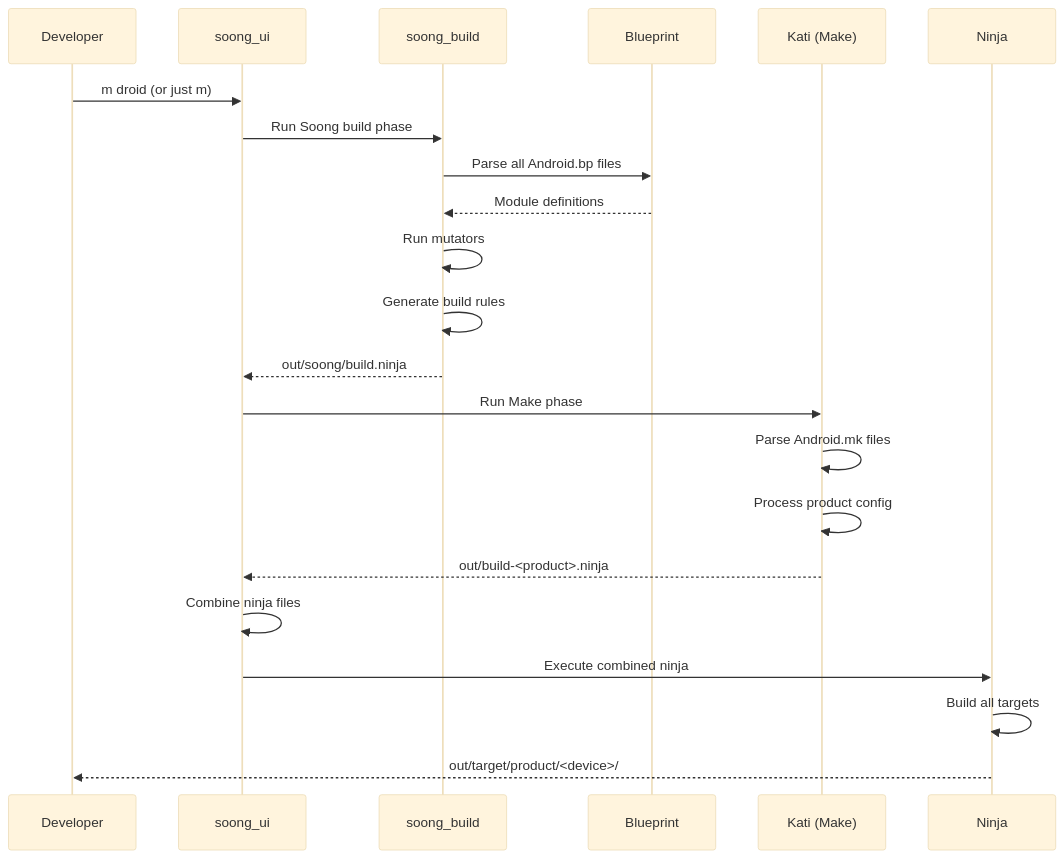
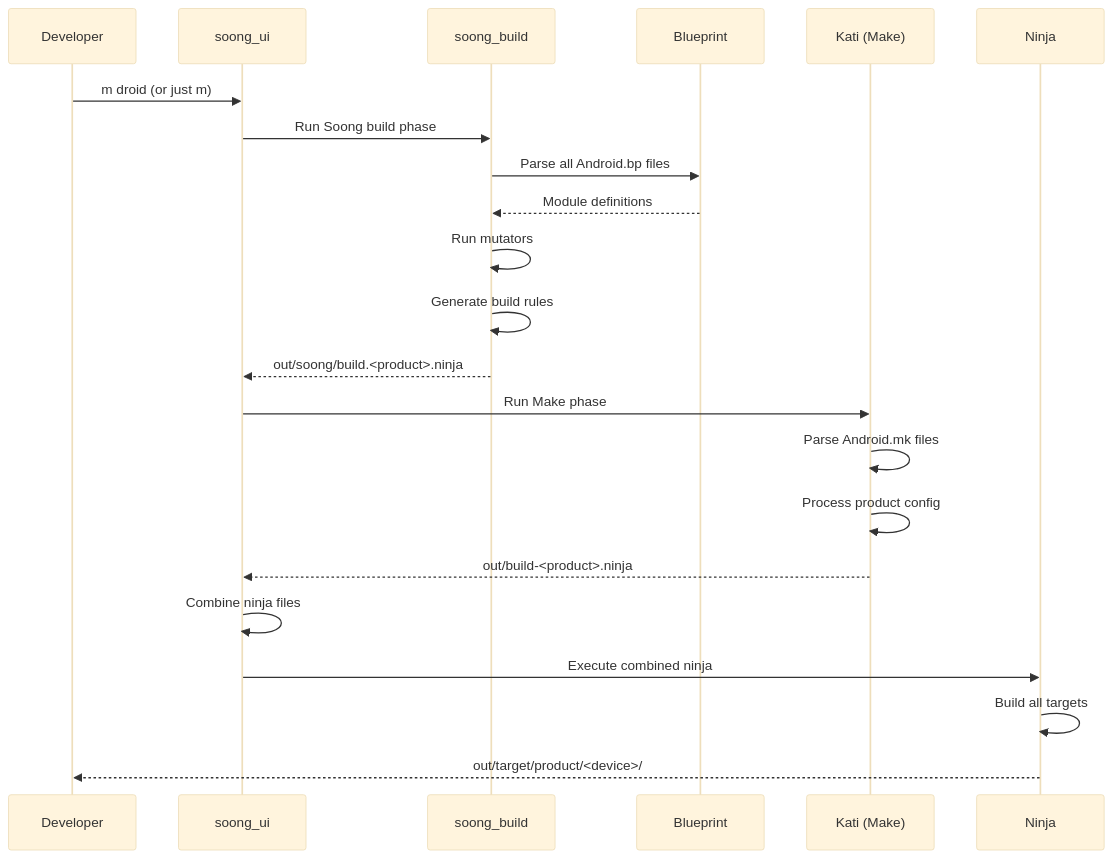
One commit to aospbooks/aosp-internal-book changed the sixth of 19 diagrams in agents/claude/skills/aosp-getting-started/02-source-and-build.md. Above: the diagram before and after it, drawn with Mermaid (base theme). The commit also changed other lines of this file and 218 other files, not shown here.

````diff
--- a/agents/claude/skills/aosp-getting-started/02-source-and-build.md
+++ b/agents/claude/skills/aosp-getting-started/02-source-and-build.md
@@ -1089,27 +1096,27 @@
 ```mermaid
 sequenceDiagram
     participant Dev as Developer
     participant UI as soong_ui
     participant SB as soong_build
     participant BP as Blueprint
     participant Kati as Kati (Make)
     participant Ninja as Ninja
 
     Dev->>UI: m droid (or just m)
     UI->>SB: Run Soong build phase
     SB->>BP: Parse all Android.bp files
     BP-->>SB: Module definitions
     SB->>SB: Run mutators
     SB->>SB: Generate build rules
-    SB-->>UI: out/soong/build.ninja
+    SB-->>UI: out/soong/build.<product>.ninja
 
     UI->>Kati: Run Make phase
     Kati->>Kati: Parse Android.mk files
     Kati->>Kati: Process product config
     Kati-->>UI: out/build-<product>.ninja
 
     UI->>UI: Combine ninja files
     UI->>Ninja: Execute combined ninja
     Ninja->>Ninja: Build all targets
     Ninja-->>Dev: out/target/product/<device>/
 ```
````
